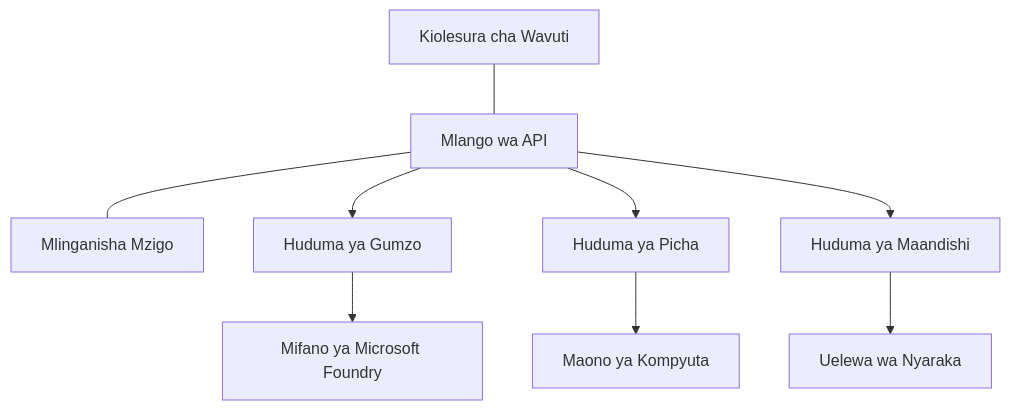
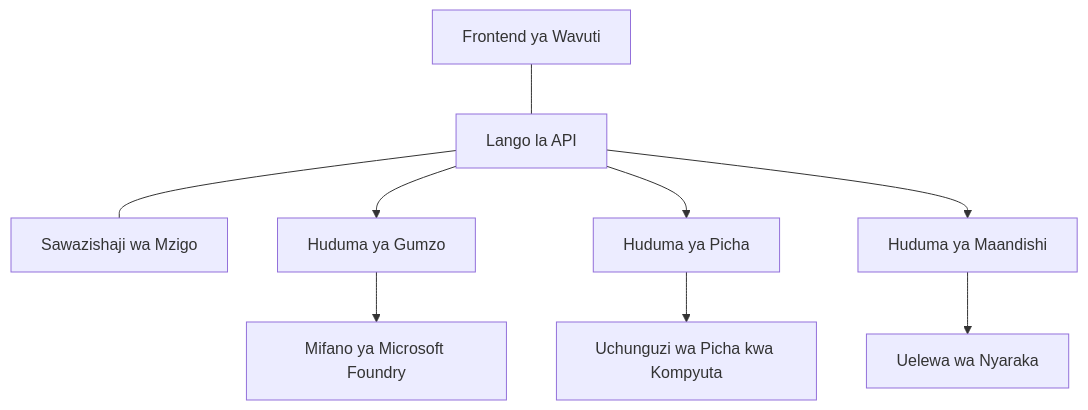
The diagram in translations/sw/docs/chapter-08-production/production-ai-practices.md (microsoft/AZD-for-beginners), drawn with Mermaid before and after one commit. The commit also changed other lines of this file and 104 other files, not shown here.

````diff
--- a/translations/sw/docs/chapter-08-production/production-ai-practices.md
+++ b/translations/sw/docs/chapter-08-production/production-ai-practices.md
@@ -30,10 +30,10 @@
 ```mermaid
 graph TD
-    Frontend[Kiolesura cha Wavuti] --- Gateway[Mlango wa API] --- LB[Mlinganisha Mzigo]
+    Frontend[Frontend ya Wavuti] --- Gateway[Lango la API] --- LB[Sawazishaji wa Mzigo]
     Gateway --> Chat[Huduma ya Gumzo]
     Gateway --> Image[Huduma ya Picha]
     Gateway --> Text[Huduma ya Maandishi]
     Chat --> OpenAI[Mifano ya Microsoft Foundry]
-    Image --> Vision[Maono ya Kompyuta]
+    Image --> Vision[Uchunguzi wa Picha kwa Kompyuta]
     Text --> DocIntel[Uelewa wa Nyaraka]
 ```
````
